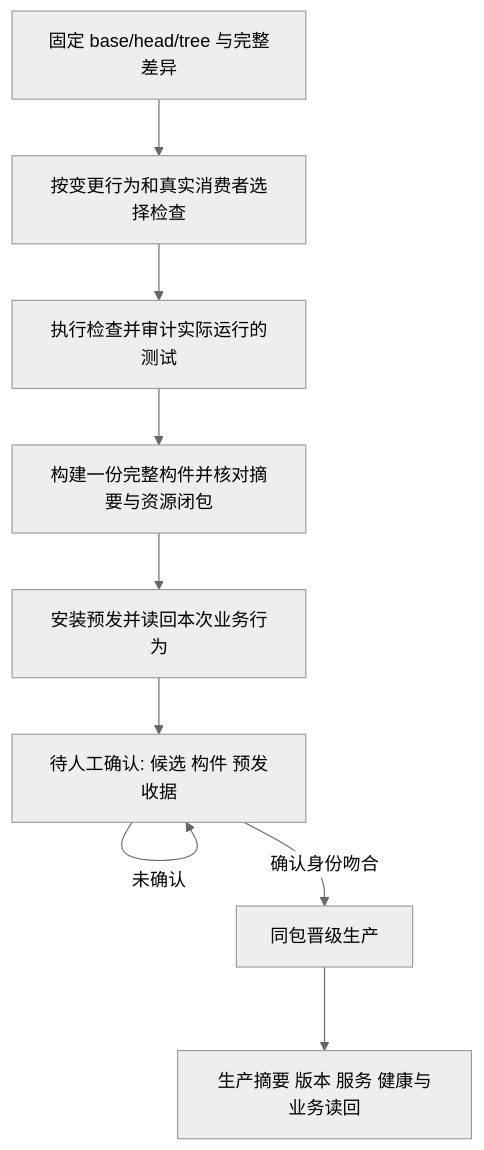
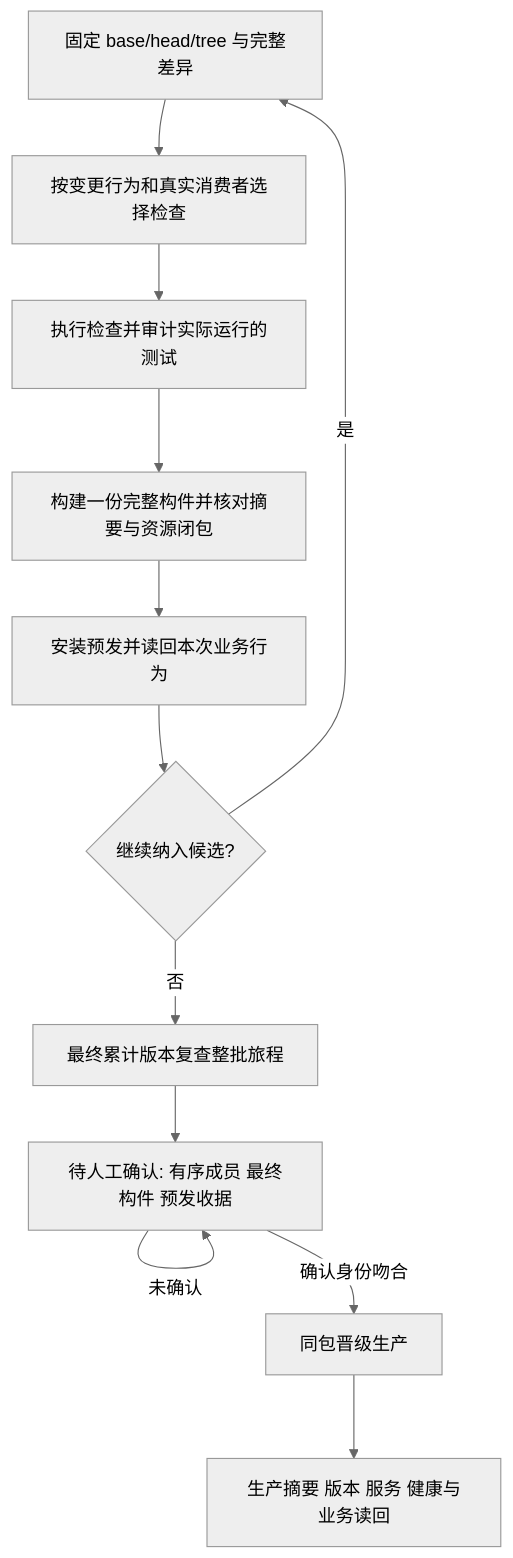
Before and after one commit to qianlan33333-png/AI-CRM-v4: the diagram in docs/operations/domestic-main-release.md, drawn with Mermaid (neutral theme). The commit also changed other lines of this file and 6 other files, not shown here.

````diff
--- a/docs/operations/domestic-main-release.md
+++ b/docs/operations/domestic-main-release.md
@@ -7,11 +9,14 @@
 ```mermaid
 flowchart TD
  A[固定 base/head/tree 与完整差异] --> B[按变更行为和真实消费者选择检查]
  B --> C[执行检查并审计实际运行的测试]
  C --> D[构建一份完整构件并核对摘要与资源闭包]
  D --> E[安装预发并读回本次业务行为]
- E --> F[待人工确认: 候选 构件 预发收据]
- F -->|未确认| F
- F -->|确认身份吻合| G[同包晋级生产]
+ E --> F{继续纳入候选?}
+ F -->|是| A
+ F -->|否| I[最终累计版本复查整批旅程]
+ I --> J[待人工确认: 有序成员 最终构件 预发收据]
+ J -->|未确认| J
+ J -->|确认身份吻合| G[同包晋级生产]
  G --> H[生产摘要 版本 服务 健康与业务读回]
 ```
````
